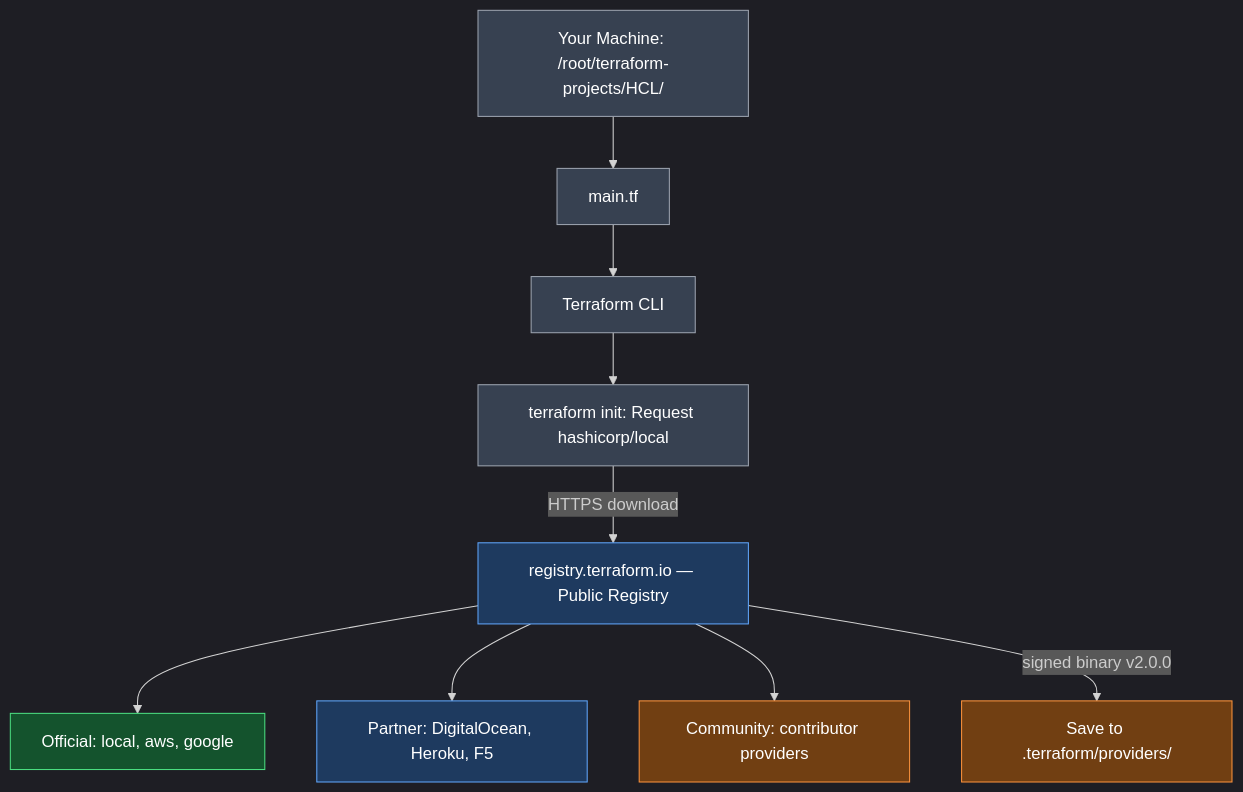
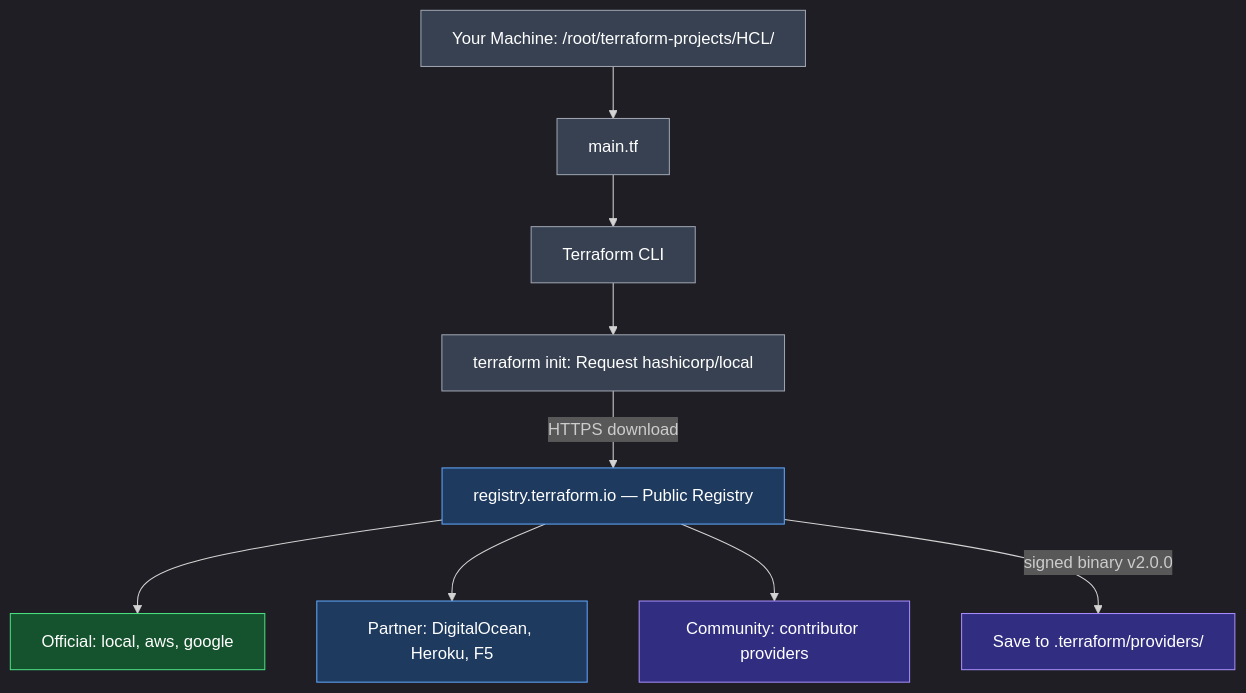
Before and after one commit to nirajp82/Terraform_Basics: the fourth of 9 diagrams in 04_Core_Terraform_Basics/01_Terraform_Provider.md, drawn with Mermaid. The commit also changed other lines of this file and 2 other files, not shown here.

Commit message:
Update Diagram

````diff
--- a/04_Core_Terraform_Basics/01_Terraform_Provider.md
+++ b/04_Core_Terraform_Basics/01_Terraform_Provider.md
@@ -122,22 +122,22 @@
 ```mermaid
-%%{init: {'theme': 'dark'}}%%
+%%{init: {'theme': 'dark', 'flowchart': {'htmlLabels': true}}}%%
 flowchart TB
-    MACH["Your Machine: /root/terraform-projects/HCL/"] --> TF["main.tf"]
+    MACH["<div style='white-space:nowrap'>Your Machine: /root/terraform-projects/HCL/</div>"] --> TF["main.tf"]
     TF --> CLI["Terraform CLI"]
-    CLI --> REQ["terraform init: Request hashicorp/local"]
-    REQ -->|HTTPS download| REG["registry.terraform.io — Public Registry"]
+    CLI --> REQ["<div style='white-space:nowrap'>terraform init: Request hashicorp/local</div>"]
+    REQ -->|HTTPS download| REG["<div style='white-space:nowrap'>registry.terraform.io — Public Registry</div>"]
     REG --> OFF["Official: local, aws, google"]
     REG --> PART["Partner: DigitalOcean, Heroku, F5"]
     REG --> COMM["Community: contributor providers"]
-    REG -->|signed binary v2.0.0| SAVE["Save to .terraform/providers/"]
+    REG -->|signed binary v2.0.0| SAVE["<div style='white-space:nowrap'>Save to .terraform/providers/</div>"]
 
     style MACH fill:#374151,stroke:#9ca3af,color:#ffffff
     style TF fill:#374151,stroke:#9ca3af,color:#ffffff
     style CLI fill:#374151,stroke:#9ca3af,color:#ffffff
     style REQ fill:#374151,stroke:#9ca3af,color:#ffffff
     style REG fill:#1e3a5f,stroke:#60a5fa,color:#ffffff
     style OFF fill:#14532d,stroke:#4ade80,color:#ffffff
     style PART fill:#1e3a5f,stroke:#60a5fa,color:#ffffff
-    style COMM fill:#713f12,stroke:#fb923c,color:#ffffff
-    style SAVE fill:#713f12,stroke:#fb923c,color:#ffffff
+    style COMM fill:#312e81,stroke:#a78bfa,color:#ffffff
+    style SAVE fill:#312e81,stroke:#a78bfa,color:#ffffff
 ```
````
